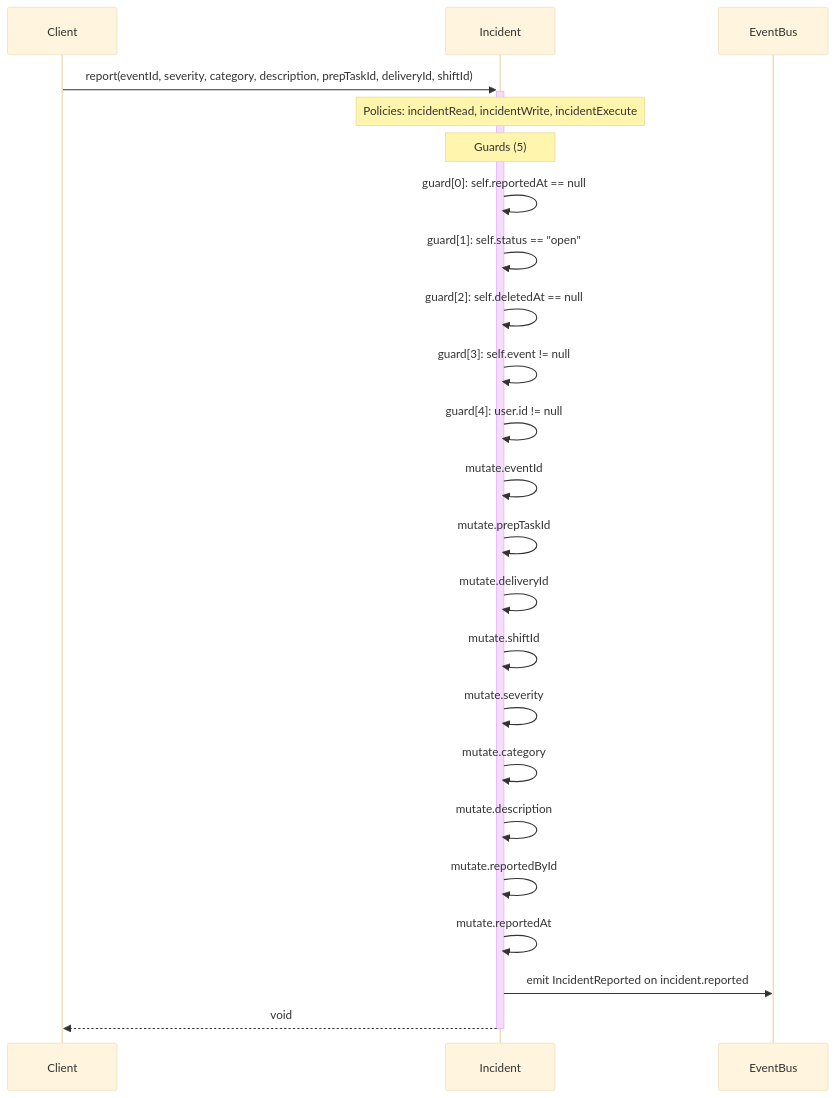
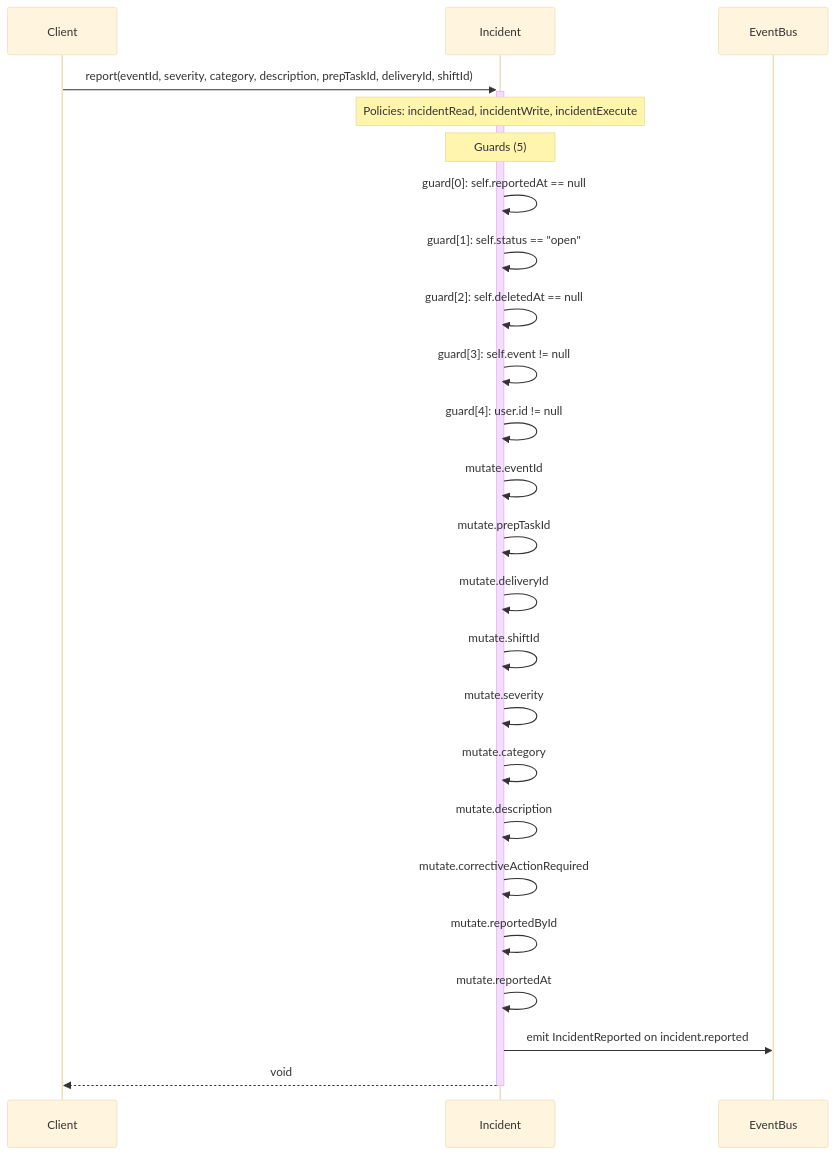
Before and after one commit to Angriff36/capsule: the diagram in diagrams/sequence-Incident-report.mmd, drawn with Mermaid (base theme). The commit also changed 690 other files, not shown here.

```diff
--- a/diagrams/sequence-Incident-report.mmd
+++ b/diagrams/sequence-Incident-report.mmd
@@ -1,23 +1,24 @@
 sequenceDiagram
     participant Client
     participant Incident as Incident
     participant EventBus
     Client->>+Incident: report(eventId, severity, category, description, prepTaskId, deliveryId, shiftId)
     Note over Incident: Policies: incidentRead, incidentWrite, incidentExecute
     Note over Incident: Guards (5)
     Incident->>Incident: guard[0]: self.reportedAt == null
     Incident->>Incident: guard[1]: self.status == #quot;open#quot;
     Incident->>Incident: guard[2]: self.deletedAt == null
     Incident->>Incident: guard[3]: self.event != null
     Incident->>Incident: guard[4]: user.id != null
     Incident->>Incident: mutate.eventId
     Incident->>Incident: mutate.prepTaskId
     Incident->>Incident: mutate.deliveryId
     Incident->>Incident: mutate.shiftId
     Incident->>Incident: mutate.severity
     Incident->>Incident: mutate.category
     Incident->>Incident: mutate.description
+    Incident->>Incident: mutate.correctiveActionRequired
     Incident->>Incident: mutate.reportedById
     Incident->>Incident: mutate.reportedAt
     Incident->>EventBus: emit IncidentReported on incident.reported
     Incident-->>-Client: void
```
